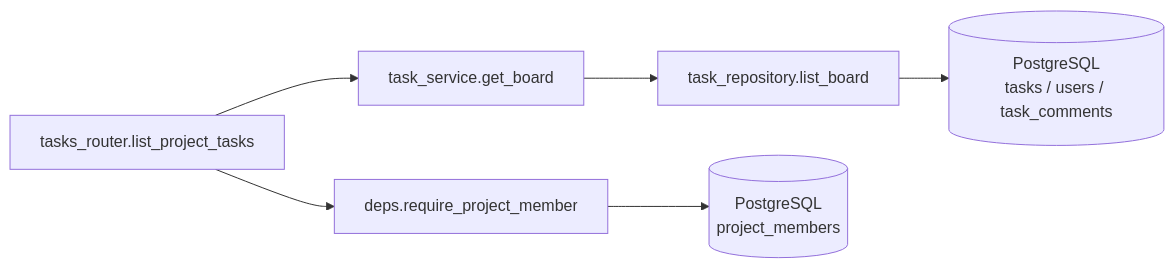
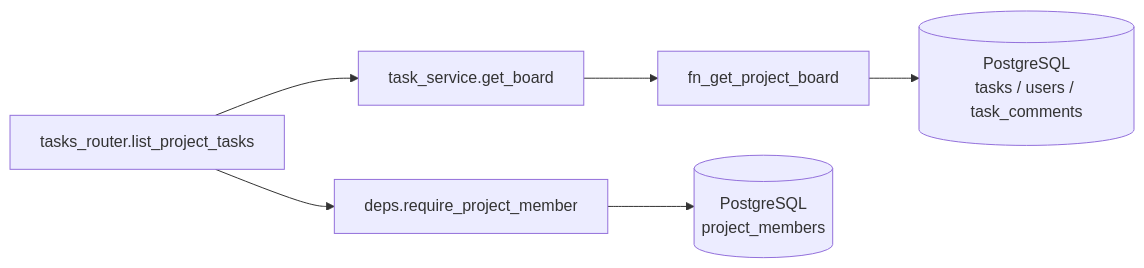
Before and after one commit to oikawa-d/task_management: the third of 4 diagrams in detailed_design/api/tasks/01_get_project_tasks.md, drawn with Mermaid. The commit also changed other lines of this file and 58 other files, not shown here.

````diff
--- a/detailed_design/api/tasks/01_get_project_tasks.md
+++ b/detailed_design/api/tasks/01_get_project_tasks.md
@@ -208,8 +208,8 @@
 ```mermaid
 flowchart LR
     R["tasks_router.list_project_tasks"] --> DEP["deps.require_project_member"]
     R --> S["task_service.get_board"]
-    S --> TR["task_repository.list_board"]
+    S --> TR["fn_get_project_board"]
     TR --> DB[("PostgreSQL<br/>tasks / users / task_comments")]
     DEP --> DBM[("PostgreSQL<br/>project_members")]
 ```
````
